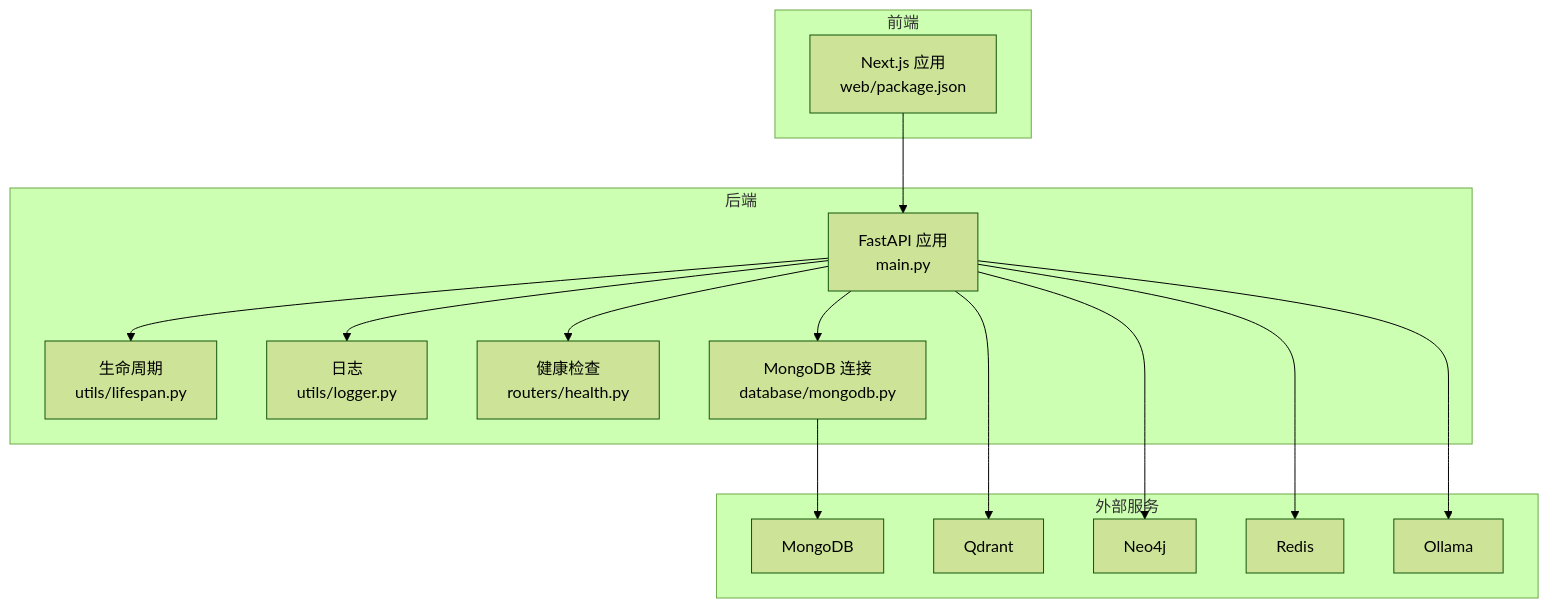
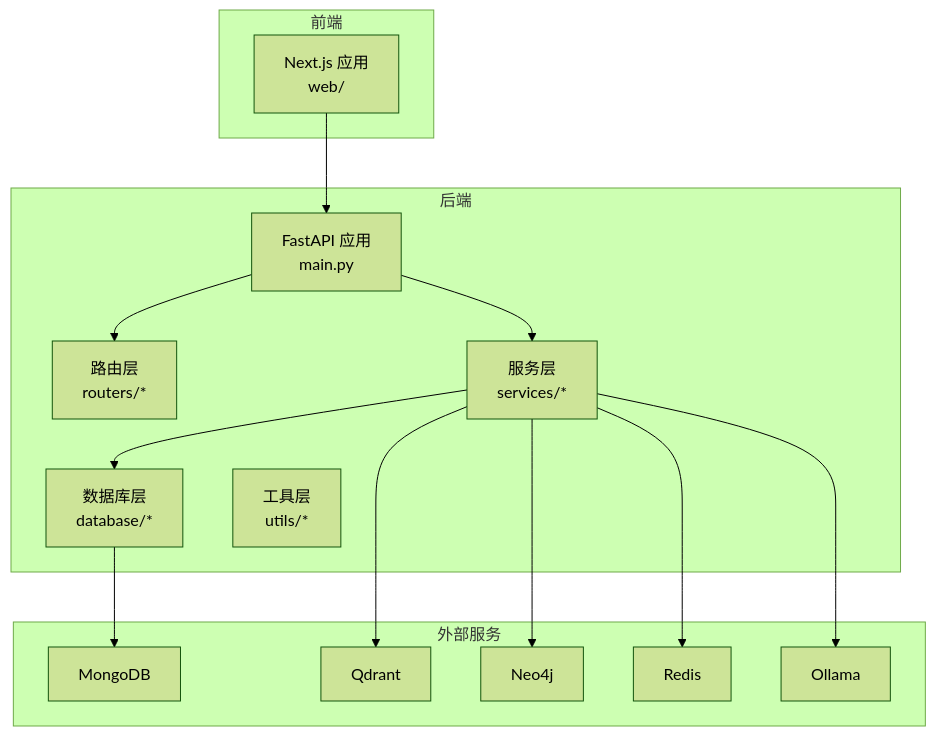
The first of 4 diagrams in .qoder/repowiki/zh/content/快速开始.md (iammm0/advanced-rag), drawn with Mermaid (forest theme) before and after one commit. The commit also changed other lines of this file and 233 other files, not shown here.

````diff
--- a/.qoder/repowiki/zh/content/快速开始.md
+++ b/.qoder/repowiki/zh/content/快速开始.md
@@ -86,30 +44,29 @@
 ```mermaid
 graph TB
+subgraph "后端"
+FastAPI["FastAPI 应用<br/>main.py"]
+Routers["路由层<br/>routers/*"]
+Services["服务层<br/>services/*"]
+DB["数据库层<br/>database/*"]
+Utils["工具层<br/>utils/*"]
+end
 subgraph "前端"
-FE["Next.js 应用<br/>web/package.json"]
-end
-subgraph "后端"
-API["FastAPI 应用<br/>main.py"]
-LIFE["生命周期<br/>utils/lifespan.py"]
-LOG["日志<br/>utils/logger.py"]
-HEALTH["健康检查<br/>routers/health.py"]
-DB["MongoDB 连接<br/>database/mongodb.py"]
+Next["Next.js 应用<br/>web/"]
 end
 subgraph "外部服务"
-MONGO["MongoDB"]
-QDRANT["Qdrant"]
-NEO4J["Neo4j"]
-REDIS["Redis"]
-OLLAMA["Ollama"]
+Mongo["MongoDB"]
+Qdrant["Qdrant"]
+Neo4j["Neo4j"]
+Redis["Redis"]
+Ollama["Ollama"]
 end
-FE --> API
-API --> LIFE
-API --> LOG
-API --> HEALTH
-API --> DB
-DB --> MONGO
-API --> QDRANT
-API --> NEO4J
-API --> REDIS
-API --> OLLAMA
+Next --> FastAPI
+FastAPI --> Routers
+FastAPI --> Services
+Services --> DB
+Services --> Qdrant
+Services --> Neo4j
+Services --> Redis
+Services --> Ollama
+DB --> Mongo
 ```
````
